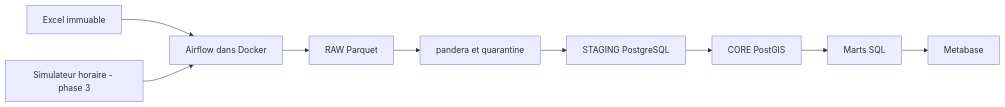
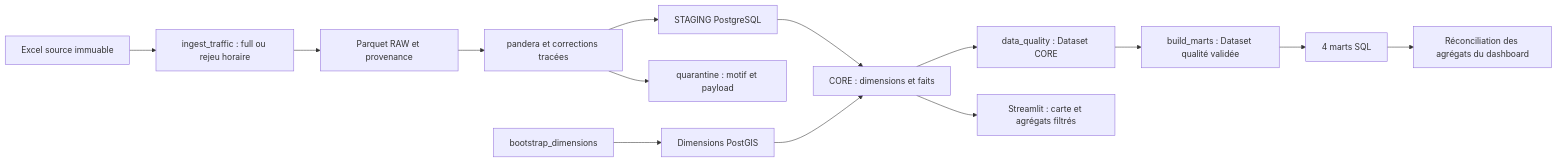
One commit to KELLAM-Safeyeddine/casablanca-traffic-platform changed the diagram in README.md. Above: the diagram before and after it, drawn with Mermaid. The commit also changed other lines of this file and 13 other files, not shown here.

Commit message:
phase 10: document and verify reproducible traffic platform

````diff
--- a/README.md
+++ b/README.md
@@ -28,11 +12,16 @@
 ```mermaid
 flowchart LR
-    Excel[Excel immuable] --> Airflow[Airflow dans Docker]
-    Replay[Simulateur horaire - phase 3] --> Airflow
-    Airflow --> Raw[RAW Parquet]
-    Raw --> Validation[pandera et quarantine]
-    Validation --> Staging[STAGING PostgreSQL]
-    Staging --> Core[CORE PostGIS]
-    Core --> Marts[Marts SQL]
-    Marts --> Metabase[Metabase]
+    Excel[Excel source immuable] --> Ingest[ingest_traffic : full ou rejeu horaire]
+    Bootstrap[bootstrap_dimensions] --> Dimensions[Dimensions PostGIS]
+    Ingest --> RAW[Parquet RAW et provenance]
+    RAW --> Gate[pandera et corrections tracées]
+    Gate --> Q[quarantine : motif et payload]
+    Gate --> STAGING[STAGING PostgreSQL]
+    STAGING --> CORE[CORE : dimensions et faits]
+    Dimensions --> CORE
+    CORE --> Quality[data_quality : Dataset CORE]
+    Quality --> Build[build_marts : Dataset qualité validée]
+    Build --> Marts[4 marts SQL]
+    CORE --> Dashboard[Streamlit : carte et agrégats filtrés]
+    Marts --> Audit[Réconciliation des agrégats du dashboard]
 ```
````
